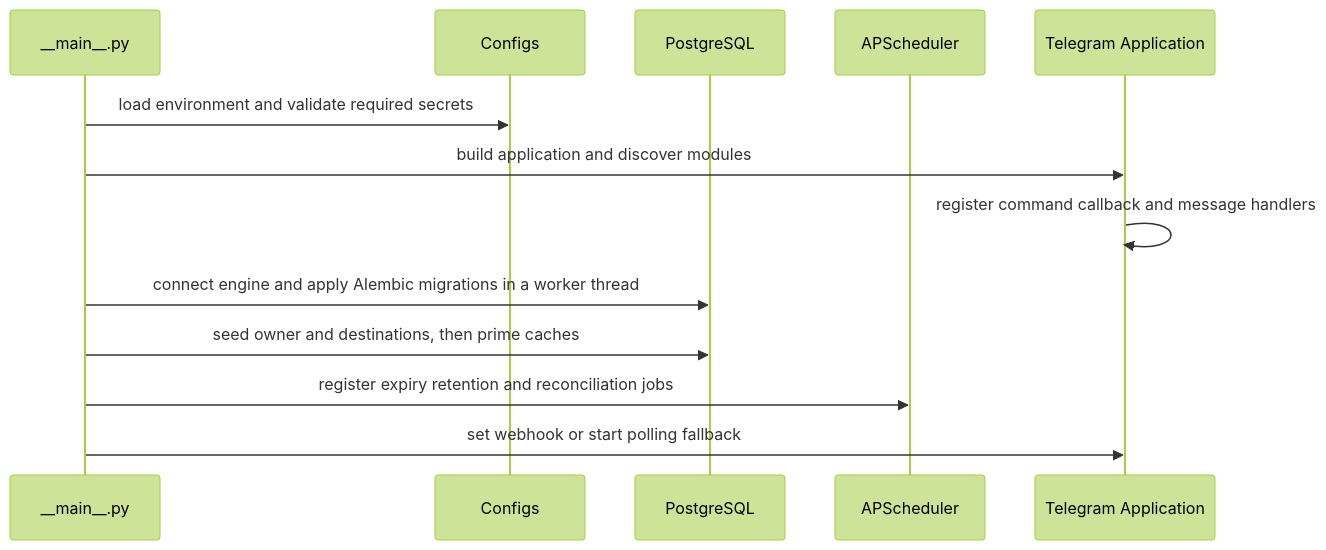
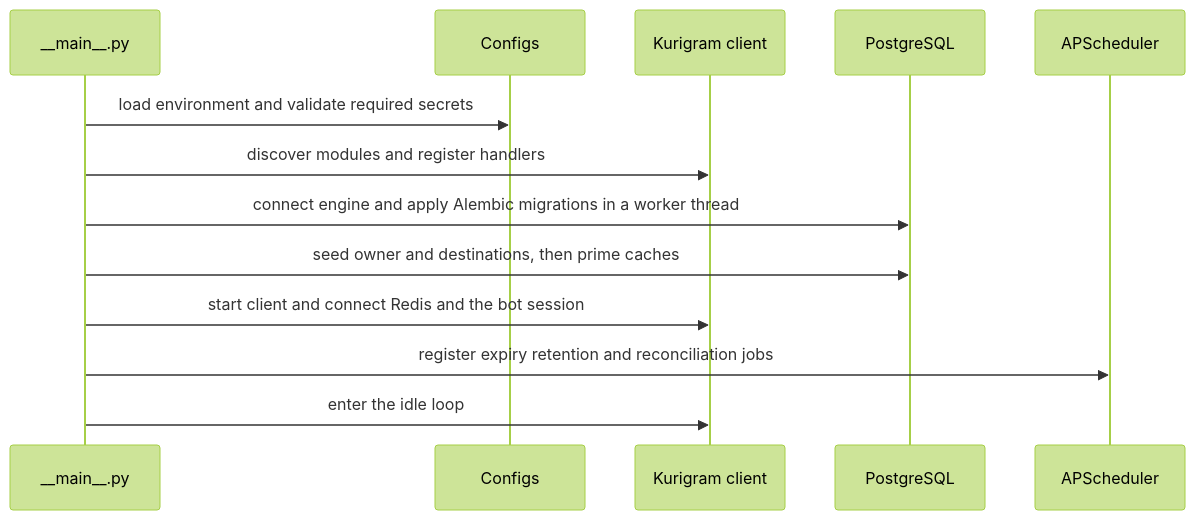
The second of 4 diagrams in docs/flows/system.md (D1ZZY4/tcbot), drawn with Mermaid (forest theme) before and after one commit. The commit also changed other lines of this file and 204 other files, not shown here.

First line of the commit message:
refactor(bot)!: replace python-telegram-bot with Kurigram

````diff
--- a/docs/flows/system.md
+++ b/docs/flows/system.md
@@ -39,15 +42,15 @@
 ```mermaid
 sequenceDiagram
     participant Main as __main__.py
     participant Config as Configs
+    participant KUR as Kurigram client
     participant DB as PostgreSQL
     participant Sched as APScheduler
-    participant PTB as Telegram Application
     Main->>Config: load environment and validate required secrets
-    Main->>PTB: build application and discover modules
-    PTB->>PTB: register command callback and message handlers
+    Main->>KUR: discover modules and register handlers
     Main->>DB: connect engine and apply Alembic migrations in a worker thread
     Main->>DB: seed owner and destinations, then prime caches
+    Main->>KUR: start client and connect Redis and the bot session
     Main->>Sched: register expiry retention and reconciliation jobs
-    Main->>PTB: set webhook or start polling fallback
+    Main->>KUR: enter the idle loop
 ```
````
